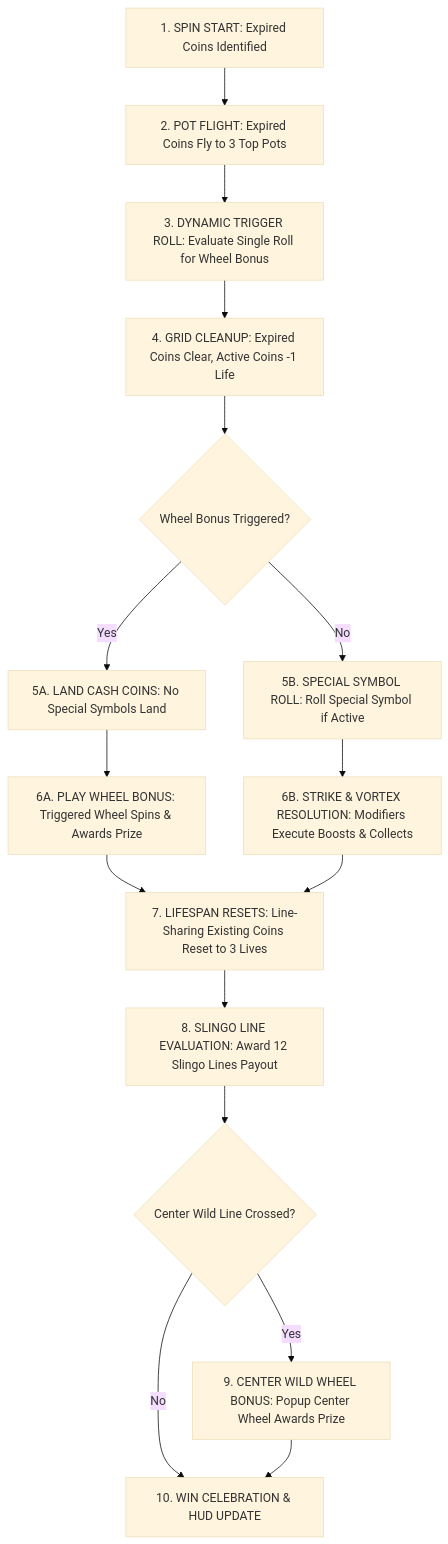
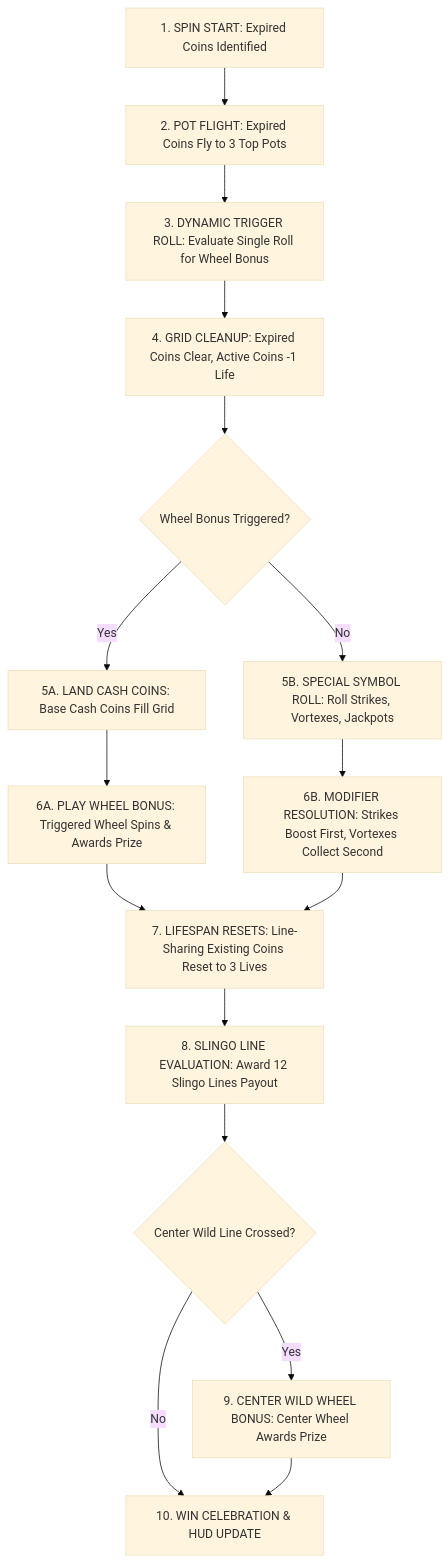
The diagram in Cash_Vortex_Triple_Power_Game_Spec_V3.0.md (BoGamingRealms/slot-game-simulators), drawn with Mermaid (base theme) before and after one commit. The commit also changed other lines of this file and 1 other file, not shown here.

````diff
--- a/Cash_Vortex_Triple_Power_Game_Spec_V3.0.md
+++ b/Cash_Vortex_Triple_Power_Game_Spec_V3.0.md
@@ -85,18 +82,18 @@
 ```mermaid
 flowchart TD
     A[1. SPIN START: Expired Coins Identified] --> B[2. POT FLIGHT: Expired Coins Fly to 3 Top Pots]
     B --> C[3. DYNAMIC TRIGGER ROLL: Evaluate Single Roll for Wheel Bonus]
     C --> D[4. GRID CLEANUP: Expired Coins Clear, Active Coins -1 Life]
     D --> E{Wheel Bonus Triggered?}
-    E -- Yes --> F[5A. LAND CASH COINS: No Special Symbols Land]
+    E -- Yes --> F[5A. LAND CASH COINS: Base Cash Coins Fill Grid]
     F --> G[6A. PLAY WHEEL BONUS: Triggered Wheel Spins & Awards Prize]
-    E -- No --> H[5B. SPECIAL SYMBOL ROLL: Roll Special Symbol if Active]
-    H --> I[6B. STRIKE & VORTEX RESOLUTION: Modifiers Execute Boosts & Collects]
+    E -- No --> H[5B. SPECIAL SYMBOL ROLL: Roll Strikes, Vortexes, Jackpots]
+    H --> I[6B. MODIFIER RESOLUTION: Strikes Boost First, Vortexes Collect Second]
     G --> J[7. LIFESPAN RESETS: Line-Sharing Existing Coins Reset to 3 Lives]
     I --> J
     J --> K[8. SLINGO LINE EVALUATION: Award 12 Slingo Lines Payout]
     K --> L{Center Wild Line Crossed?}
-    L -- Yes --> M[9. CENTER WILD WHEEL BONUS: Popup Center Wheel Awards Prize]
+    L -- Yes --> M[9. CENTER WILD WHEEL BONUS: Center Wheel Awards Prize]
     L -- No --> N[10. WIN CELEBRATION & HUD UPDATE]
     M --> N
 ```
````
